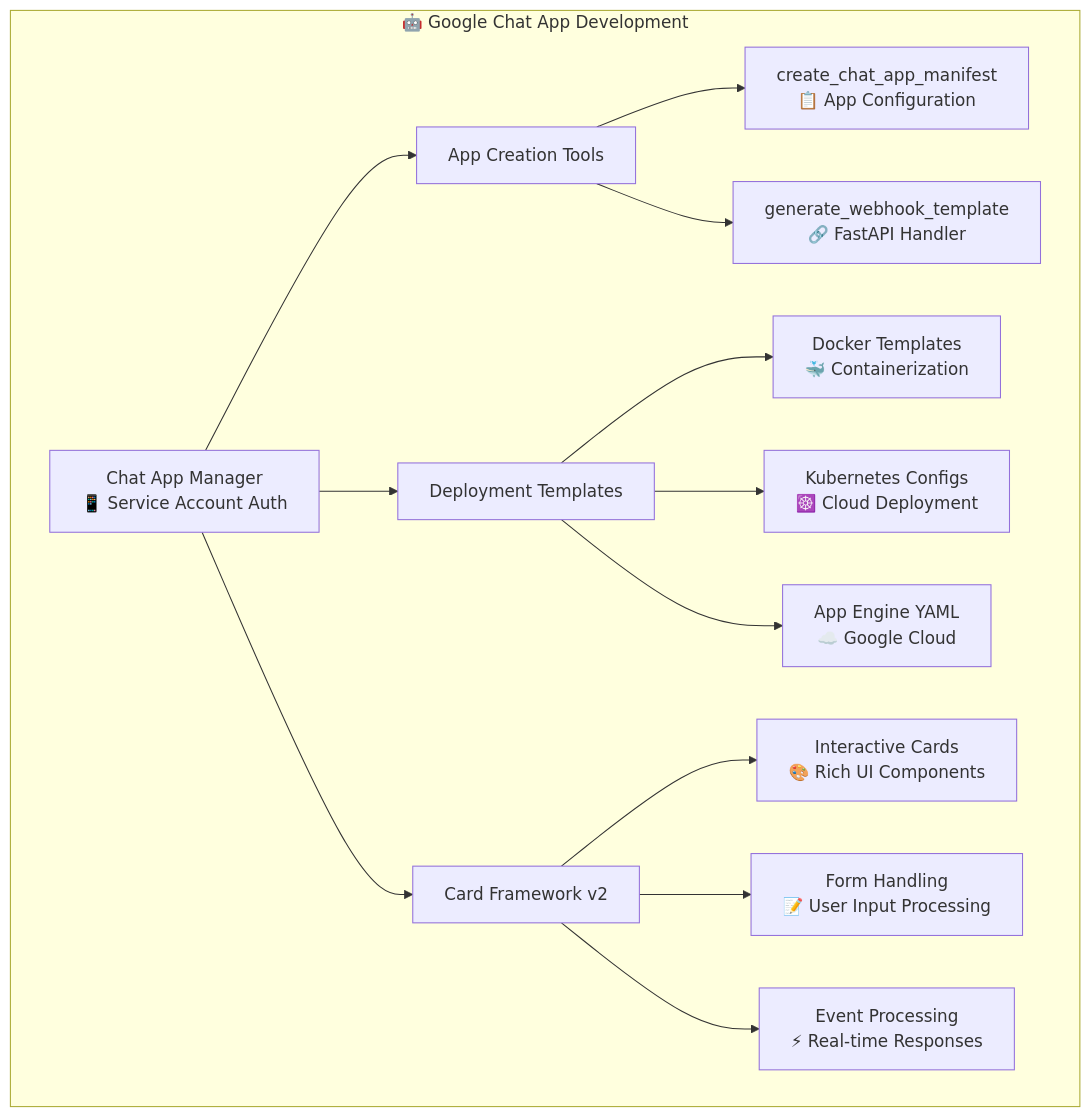
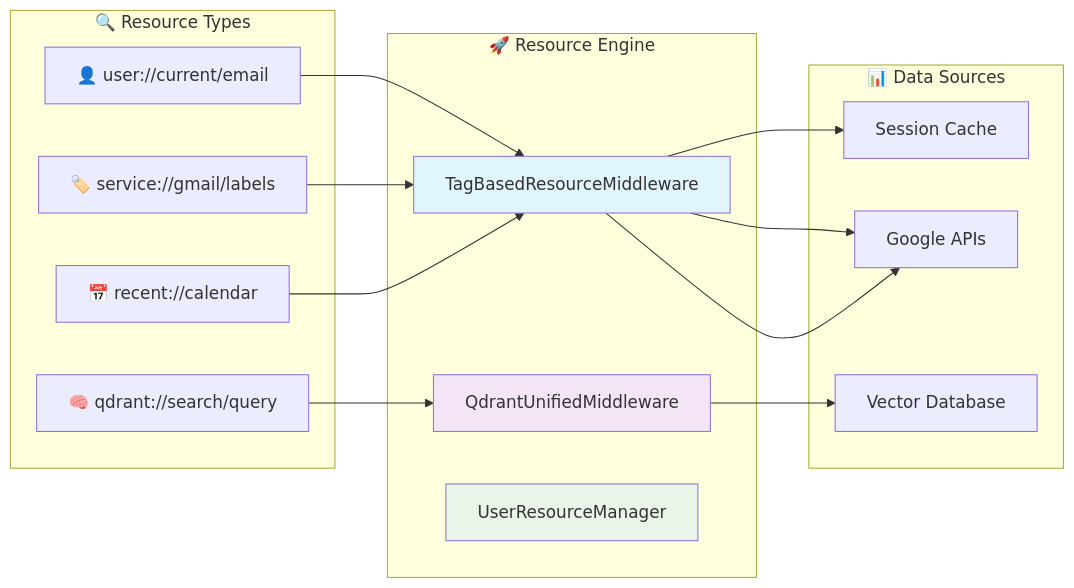
Before and after one commit to dipseth/google_workspace_fastmcp2: the third of 5 diagrams in README.md, drawn with Mermaid. The commit also changed other lines of this file and 106 other files, not shown here.

First line of the commit message:
Add comprehensive test suite for data sanitization fixes and improve template handling

````diff
--- a/README.md
+++ b/README.md
@@ -233,19 +225,30 @@
 ```mermaid
-graph TB
-    subgraph "🤖 Google Chat App Development"
-        A[Chat App Manager<br/>📱 Service Account Auth] --> B[App Creation Tools]
-        A --> C[Deployment Templates]
-        A --> D[Card Framework v2]
-        
-        B --> E[create_chat_app_manifest<br/>📋 App Configuration]
-        B --> F[generate_webhook_template<br/>🔗 FastAPI Handler]
-        
-        C --> G[Docker Templates<br/>🐳 Containerization]
-        C --> H[Kubernetes Configs<br/>☸️ Cloud Deployment]
-        C --> I[App Engine YAML<br/>☁️ Google Cloud]
-        
-        D --> J[Interactive Cards<br/>🎨 Rich UI Components]
-        D --> K[Form Handling<br/>📝 User Input Processing]
-        D --> L[Event Processing<br/>⚡ Real-time Responses]
+graph LR
+    subgraph "🔍 Resource Types"
+        A[👤 user://current/email]
+        B[🏷️ service://gmail/labels]
+        C[📅 recent://calendar]
+        D[🧠 qdrant://search/query]
     end
+    
+    subgraph "🚀 Resource Engine"
+        E[TagBasedResourceMiddleware]
+        F[QdrantUnifiedMiddleware]
+        G[UserResourceManager]
+    end
+    
+    subgraph "📊 Data Sources"
+        H[Google APIs]
+        I[Vector Database]
+        J[Session Cache]
+    end
+    
+    A --> E --> J
+    B --> E --> H
+    C --> E --> H
+    D --> F --> I
+    
+    style E fill:#e1f5fe
+    style F fill:#f3e5f5
+    style G fill:#e8f5e8
 ```
````
